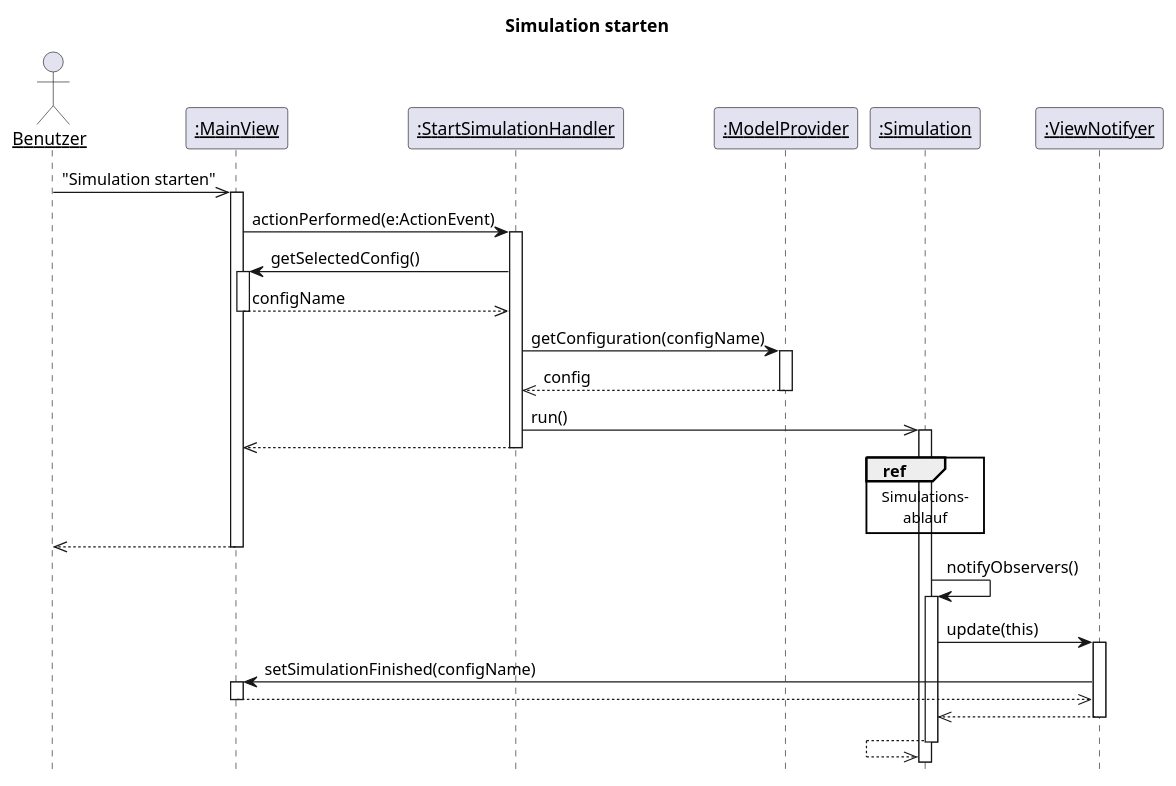
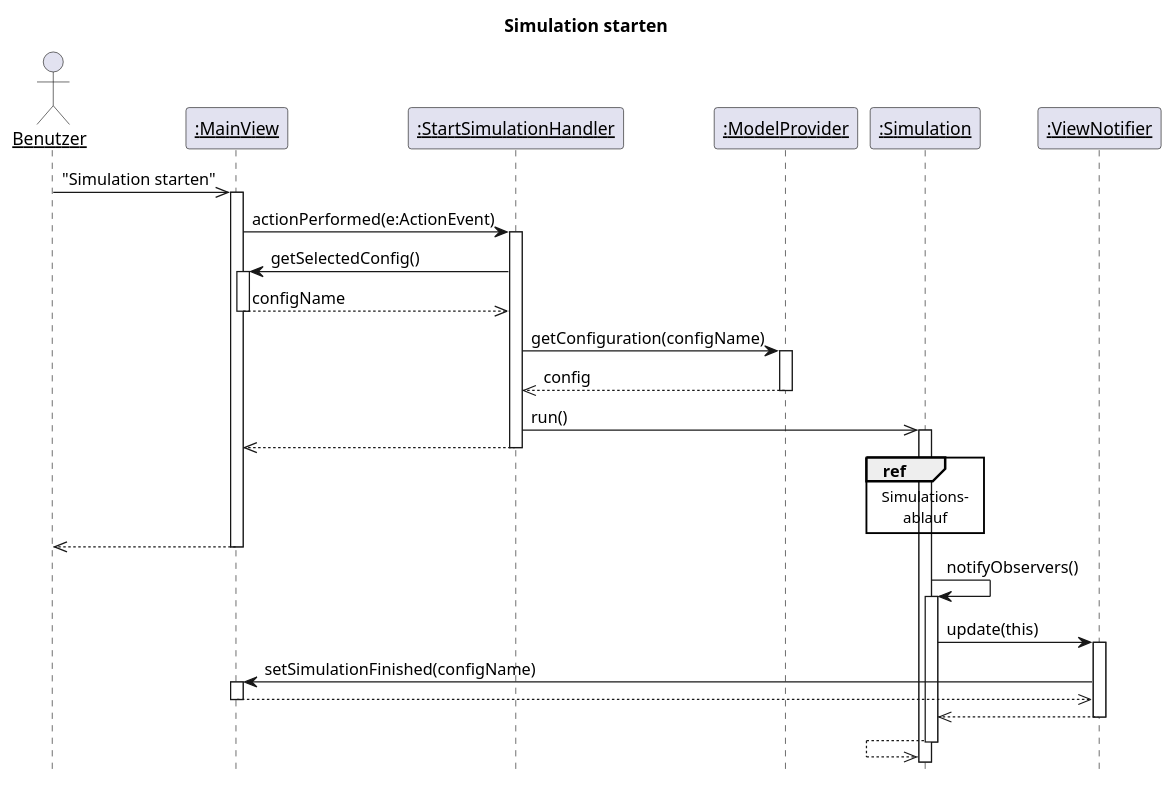
The diagram in Entwurf/Diagramme/Sequenzdiagramme/sequenz_simulationstarten_mitobs.puml (max-97/pse), drawn with PlantUML before and after one commit. The commit also changed 7 other files, not shown here.

Commit message:
Sequenzdiagramme mit Beschreibungen dem Entwurfsdokument hinzugefügt

```diff
--- a/Entwurf/Diagramme/Sequenzdiagramme/sequenz_simulationstarten_mitobs.puml
+++ b/Entwurf/Diagramme/Sequenzdiagramme/sequenz_simulationstarten_mitobs.puml
@@ -1,58 +1,58 @@
 @startuml
 title Simulation starten
 skinparam sequenceParticipant underline
 hide footbox
 
 actor Benutzer as U
 participant ":MainView" as MV
 participant ":StartSimulationHandler" as AL
 participant ":ModelProvider" as MP
 participant ":Simulation" as S
-participant ":ViewNotifyer" as VN
+participant ":ViewNotifier" as VN
 
 
 
 U ->> MV: "Simulation starten"
 activate MV
 AL <- MV: actionPerformed(e:ActionEvent)
 activate AL
 
 MV <- AL: getSelectedConfig()
 activate MV
 MV -->> AL: configName
 deactivate MV
 
 AL -> MP: getConfiguration(configName)
 activate MP
 AL <<-- MP: config
 deactivate MP
 
 AL ->> S :run()
 activate S
 MV <<-- AL
 deactivate AL
 ref over S
   Simulations-
   ablauf
 end ref
 U <<-- MV
 deactivate MV
 
 S -> S: notifyObservers()
 activate S
 
 S -> VN: update(this)
 activate VN
 
 VN -> MV: setSimulationFinished(configName)
 activate MV
 VN <<-- MV
 deactivate MV
 
 S <<-- VN
 deactivate VN
 
 S <<-- S
 deactivate S
 
 @enduml
```
